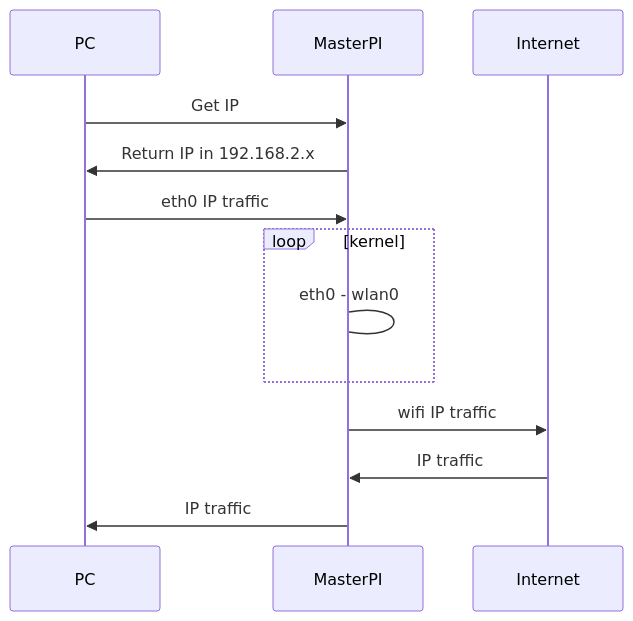
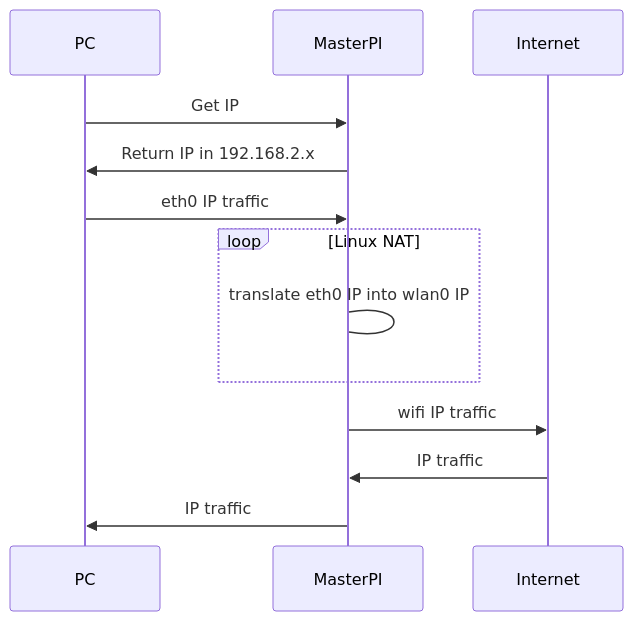
One commit to turing-machines/docs changed the diagram in content/pi_cluster/os_installation/children/setup_dhcpd.md. Above: the diagram before and after it, drawn with Mermaid. The commit also changed 23 other files, not shown here.

```diff
--- a/content/pi_cluster/os_installation/children/setup_dhcpd.md
+++ b/content/pi_cluster/os_installation/children/setup_dhcpd.md
@@ -48,15 +48,15 @@
 {{<mermaid>}}
 sequenceDiagram
     participant PC
     participant MasterPI
     participant Internet
     PC->>MasterPI: Get IP
     MasterPI->>PC: Return IP in 192.168.2.x
     PC->>MasterPI: eth0 IP traffic
-    loop kernel
-        MasterPI->MasterPI: eth0 - wlan0 
+    loop Linux NAT
+        MasterPI->MasterPI: translate eth0 IP into wlan0 IP
     end
     MasterPI->>Internet: wifi IP traffic
     Internet->>MasterPI: IP traffic
     MasterPI->>PC: IP traffic
 {{< /mermaid >}}
```
